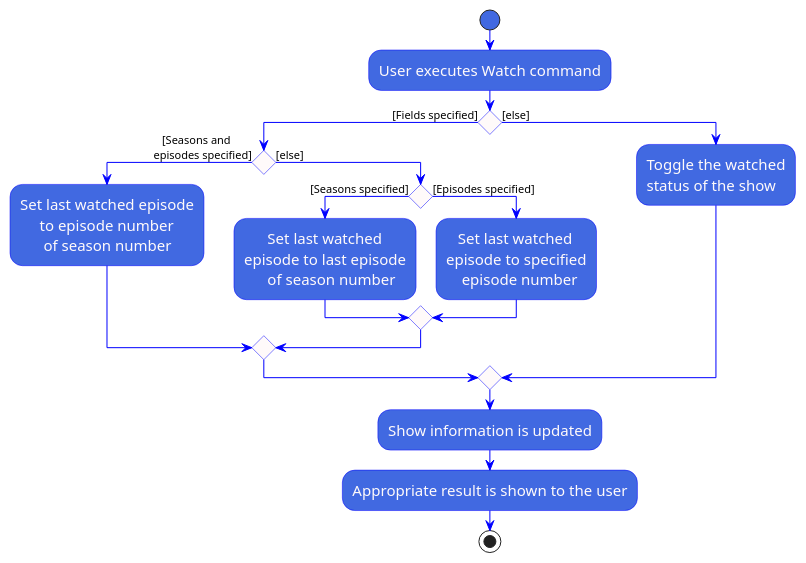
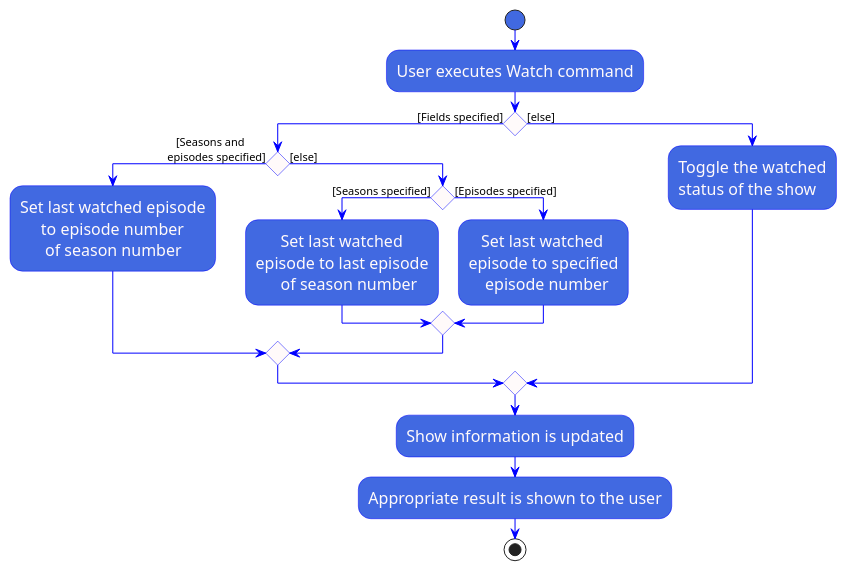
The diagram in docs/diagrams/WatchActivityDiagram.puml (nus-cs2103-AY1920S1/addressbook-level3), drawn with PlantUML before and after one commit. The commit also changed 1 other file, not shown here.

```diff
--- a/docs/diagrams/WatchActivityDiagram.puml
+++ b/docs/diagrams/WatchActivityDiagram.puml
@@ -1,54 +1,54 @@
 @startuml
 skinparam backgroundColor white
 skinparam activity {
   StartColor RoyalBlue
   EndColor RoyalBlue
   BackgroundColor RoyalBlue
   arrowColor Blue
   activityDiamondBackgroundColor Blue
   activityBarColor blue
   BorderColor blue
   ControlBackgroundColor white
   FontColor Snow
   FontName Calibri
-  FontSize 15
+  FontSize 16
 }
 
 skinparam activityDiamond {
     BackgroundColor Snow
     BorderColor blue
     FontSize 24
 }
 
 start
 :User executes Watch command;
 
 'Since the beta syntax does not support placing the condition outside the
 'diamond we place it as the true branch instead.
 
 if () then ([Fields specified])
 if () then (   [Seasons and
 episodes specified])
     :Set last watched episode
          to episode number
           of season number;
 else ([else])
     if () then ([Seasons specified])
         :      Set last watched
         episode to last episode
               of season number;
     else ([Episodes specified])
         :   Set last watched
        episode to specified
            episode number;
      endif
 endif
 else ([else])
     :Toggle the watched
     status of the show;
 endif
 :Show information is updated;
 
 :Appropriate result is shown to the user;
 stop
 @enduml
```
